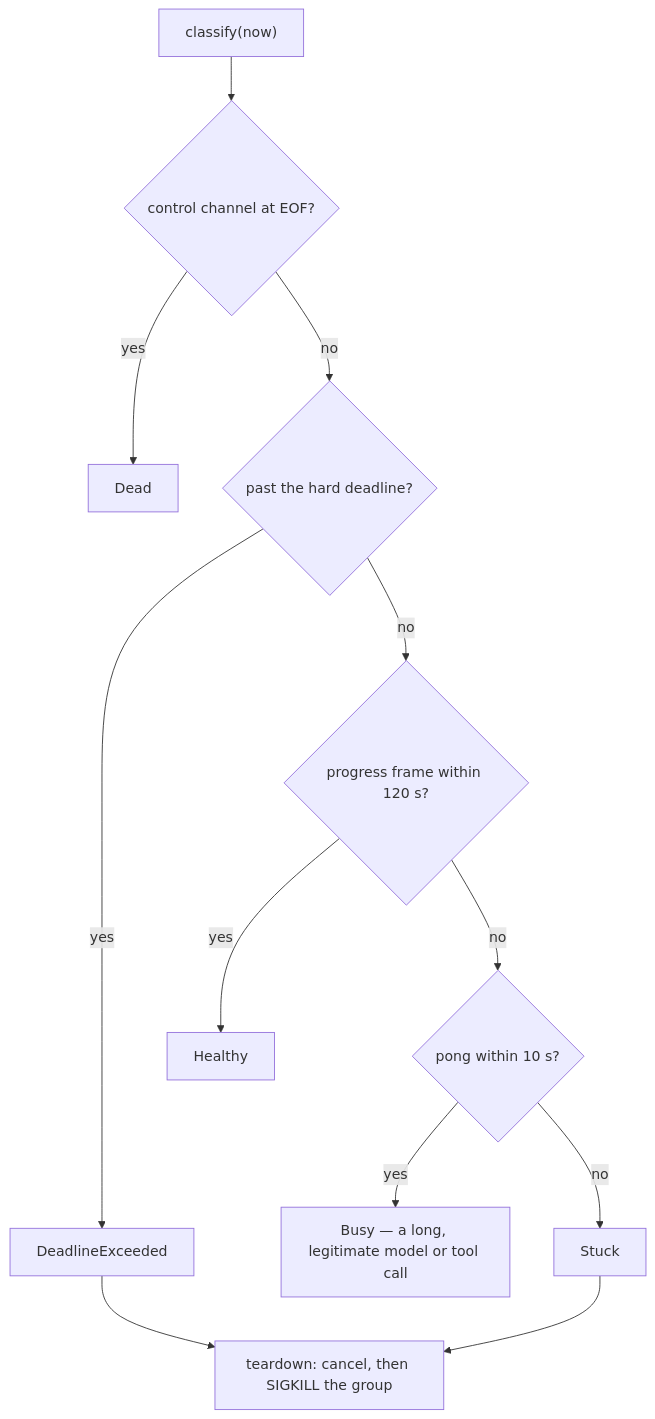
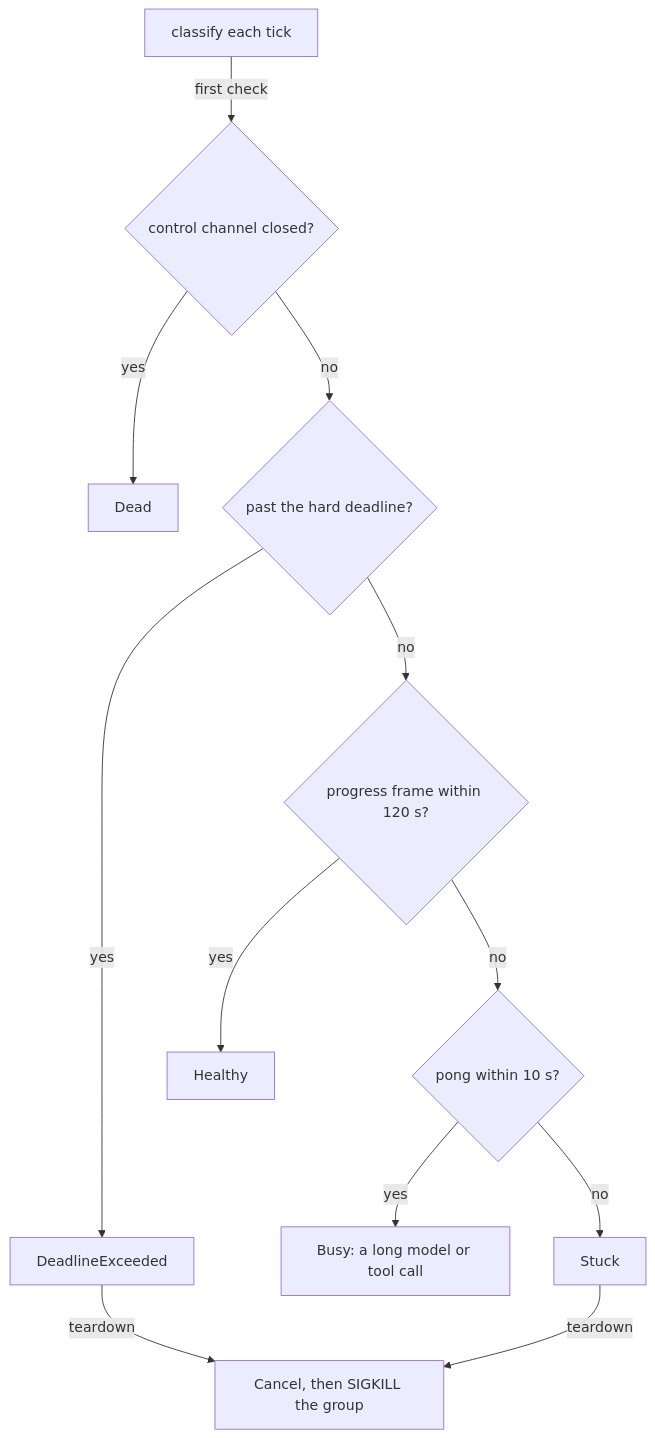
Before and after one commit to agentd-dev/source-code: the third of 5 diagrams in docs/harness.md, drawn with Mermaid. The commit also changed other lines of this file and 110 other files, not shown here.

````diff
--- a/docs/harness.md
+++ b/docs/harness.md
@@ -204,14 +210,14 @@
 ```mermaid
 flowchart TD
-  A["classify(now)"] --> B{"control channel at EOF?"}
+  A["classify each tick"] -->|"first check"| B{"control channel closed?"}
   B -- yes --> D["Dead"]
   B -- no --> C{"past the hard deadline?"}
   C -- yes --> E["DeadlineExceeded"]
   C -- no --> F{"progress frame within 120 s?"}
   F -- yes --> G["Healthy"]
   F -- no --> H{"pong within 10 s?"}
-  H -- yes --> I["Busy — a long, legitimate model or tool call"]
+  H -- yes --> I["Busy: a long model or tool call"]
   H -- no --> J["Stuck"]
-  E --> K["teardown: cancel, then SIGKILL the group"]
-  J --> K
+  E -->|"teardown"| K["Cancel, then SIGKILL the group"]
+  J -->|"teardown"| K
 ```
````
